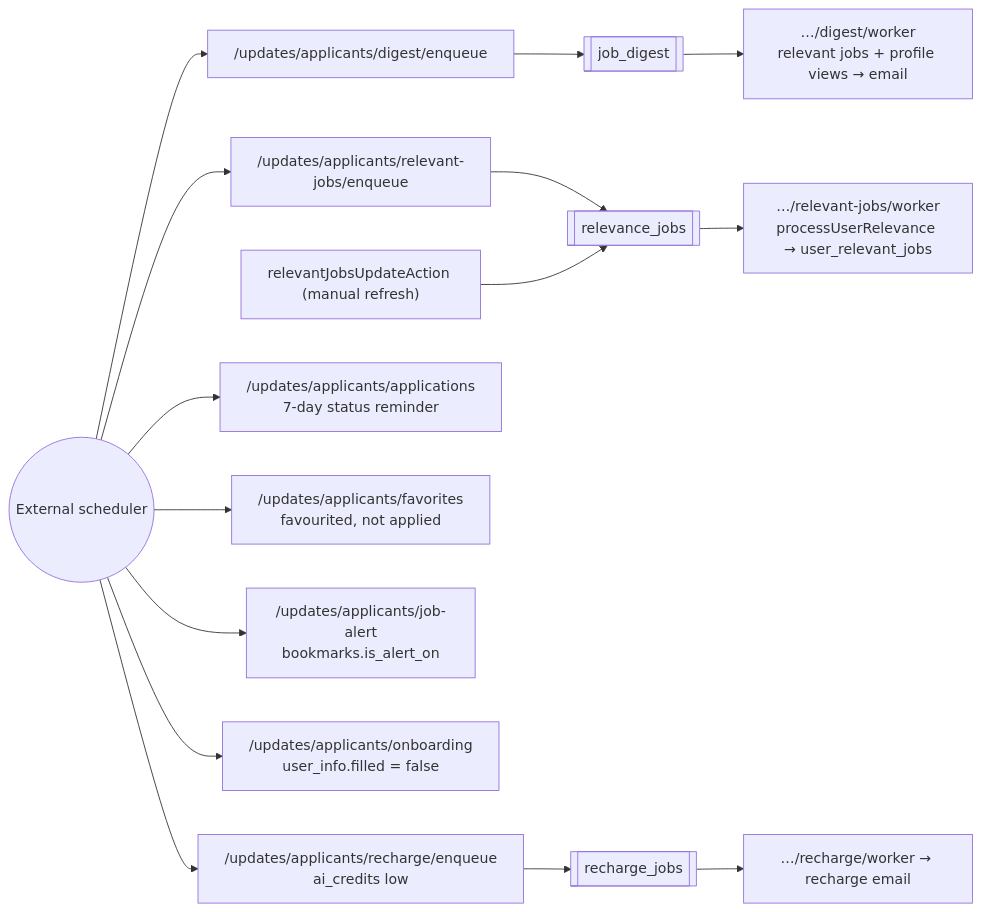
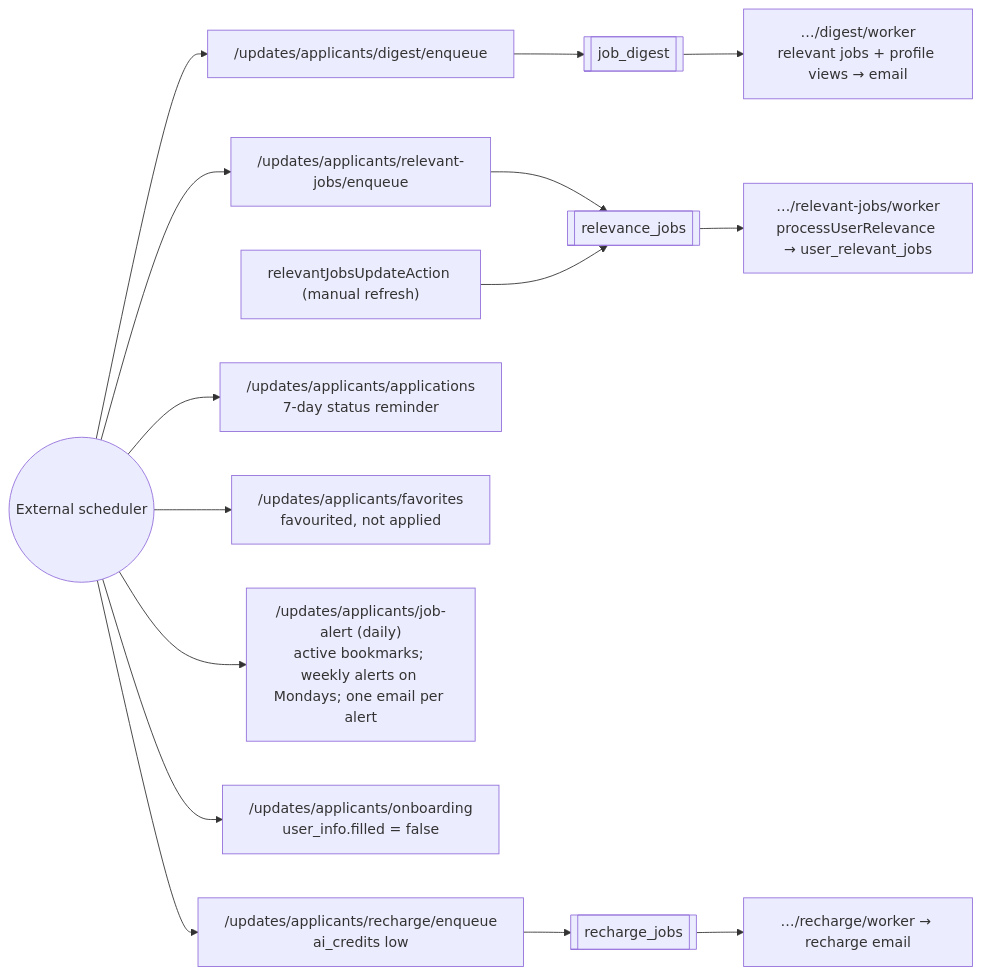
Diagram 12 of 14 in docs/app-flows/02-applicant.md (kVarunkk/GetHired), drawn with Mermaid before and after one commit. The commit also changed other lines of this file and 4 other files, not shown here.

Commit message:
docs(job-alerts): update app flows; add backfill script

````diff
--- a/docs/app-flows/02-applicant.md
+++ b/docs/app-flows/02-applicant.md
@@ -305,11 +305,11 @@
 ```mermaid
 flowchart LR
   SCH(("External scheduler")) --> E1["/updates/applicants/digest/enqueue"] --> Q1[["job_digest"]] --> W1["…/digest/worker<br/>relevant jobs + profile views → email"]
   SCH --> E2["/updates/applicants/relevant-jobs/enqueue"] --> Q2[["relevance_jobs"]] --> W2["…/relevant-jobs/worker<br/>processUserRelevance → user_relevant_jobs"]
   SCH --> E3["/updates/applicants/recharge/enqueue<br/>ai_credits low"] --> Q3[["recharge_jobs"]] --> W3["…/recharge/worker → recharge email"]
   SCH --> D1["/updates/applicants/applications<br/>7-day status reminder"]
   SCH --> D2["/updates/applicants/favorites<br/>favourited, not applied"]
-  SCH --> D3["/updates/applicants/job-alert<br/>bookmarks.is_alert_on"]
+  SCH --> D3["/updates/applicants/job-alert (daily)<br/>active bookmarks; weekly alerts on Mondays; one email per alert"]
   SCH --> D4["/updates/applicants/onboarding<br/>user_info.filled = false"]
   RJA["relevantJobsUpdateAction (manual refresh)"] --> Q2
 ```
````
